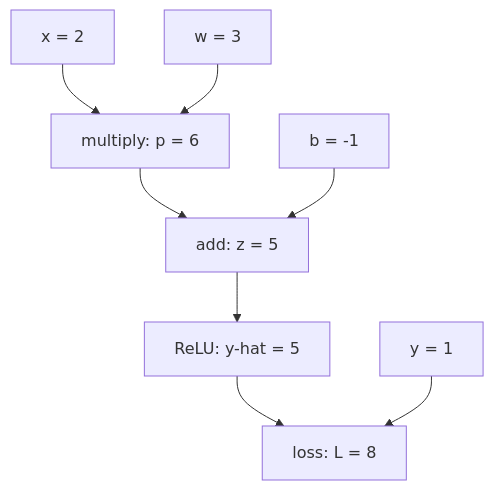
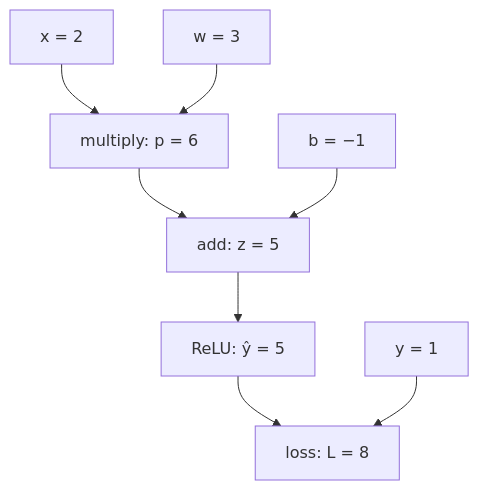
Before and after one commit to lubdhak7414/lubdhak7414.github.io: the diagram in src/content/post/cse425-mid-computation-graphs/index.md, drawn with Mermaid. The commit also changed other lines of this file and 174 other files, not shown here.

First line of the commit message:
CSE 425 course hub, series polish, math and figure fixes, site-wide polish pass

````diff
--- a/src/content/post/cse425-mid-computation-graphs/index.md
+++ b/src/content/post/cse425-mid-computation-graphs/index.md
@@ -31,10 +32,10 @@
 ```mermaid
 flowchart TD
   x["x = 2"] --> m["multiply: p = 6"]
   w["w = 3"] --> m
   m --> s["add: z = 5"]
-  b["b = -1"] --> s
-  s --> r["ReLU: y-hat = 5"]
+  b["b = −1"] --> s
+  s --> r["ReLU: ŷ = 5"]
   r --> l["loss: L = 8"]
   y["y = 1"] --> l
 ```
````
